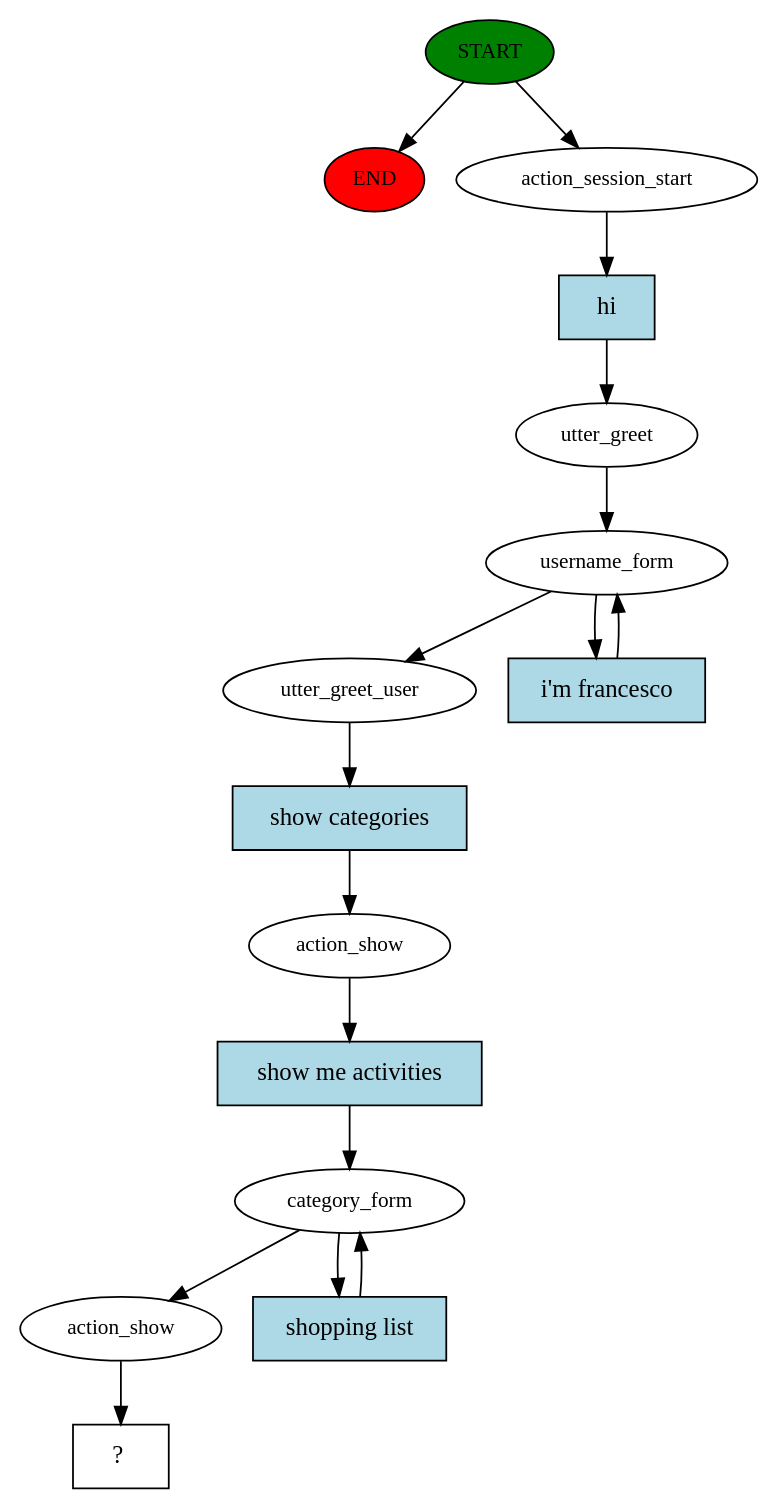
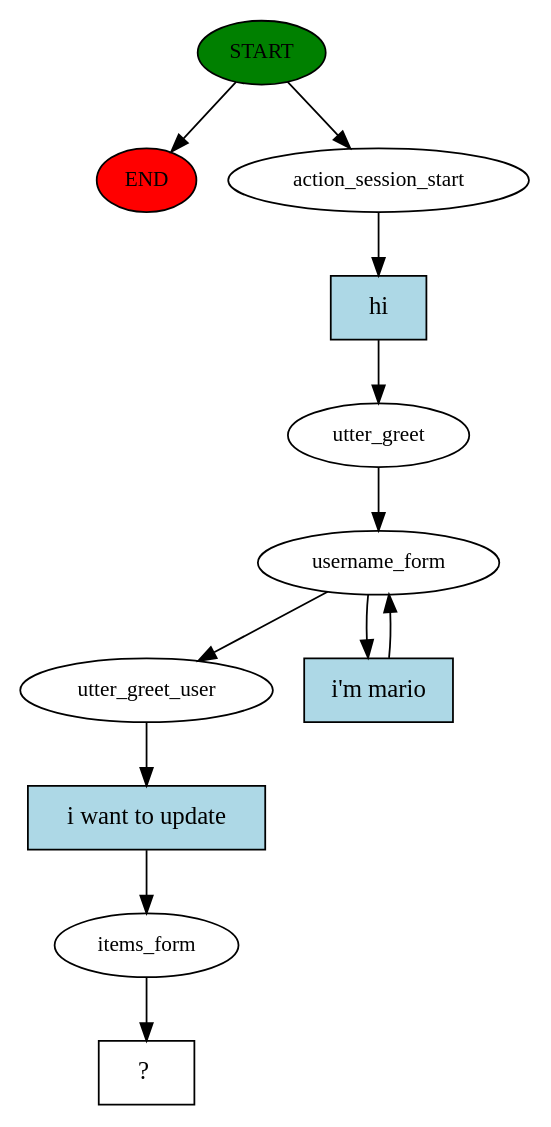
One commit to S0nFra/cogrob-todolist changed the diagram in src/rasa_ros/chatbot/story_graph.dot. Above: the diagram before and after it, drawn with Graphviz. The commit also changed 8 other files, not shown here.

```diff
--- a/src/rasa_ros/chatbot/story_graph.dot
+++ b/src/rasa_ros/chatbot/story_graph.dot
@@ -1,33 +1,24 @@
 digraph  {
 0 [class="start active", fillcolor=green, fontsize=12, label=START, style=filled];
 "-1" [class=end, fillcolor=red, fontsize=12, label=END, style=filled];
 1 [class=active, fontsize=12, label=action_session_start];
 2 [class=active, fontsize=12, label=utter_greet];
 3 [class=active, fontsize=12, label=username_form];
 5 [class=active, fontsize=12, label=utter_greet_user];
-6 [class=active, fontsize=12, label=action_show];
-7 [class=active, fontsize=12, label=category_form];
-9 [class=active, fontsize=12, label=action_show];
-10 [class="intent dashed active", label="  ?  ", shape=rect];
-11 [class="intent active", fillcolor=lightblue, label=hi, shape=rect, style=filled];
-12 [class="intent active", fillcolor=lightblue, label="i'm francesco", shape=rect, style=filled];
-13 [class="intent active", fillcolor=lightblue, label="show categories", shape=rect, style=filled];
-14 [class="intent active", fillcolor=lightblue, label="show me activities", shape=rect, style=filled];
-15 [class="intent active", fillcolor=lightblue, label="shopping list", shape=rect, style=filled];
+6 [class=active, fontsize=12, label=items_form];
+7 [class="intent dashed active", label="  ?  ", shape=rect];
+8 [class="intent active", fillcolor=lightblue, label=hi, shape=rect, style=filled];
+9 [class="intent active", fillcolor=lightblue, label="i'm mario", shape=rect, style=filled];
+10 [class="intent active", fillcolor=lightblue, label="i want to update", shape=rect, style=filled];
 0 -> "-1"  [class="", key=NONE, label=""];
 0 -> 1  [class=active, key=NONE, label=""];
-1 -> 11  [class=active, key=0];
+1 -> 8  [class=active, key=0];
 2 -> 3  [class=active, key=NONE, label=""];
 3 -> 5  [class=active, key=NONE, label=""];
-3 -> 12  [class=active, key=0];
-5 -> 13  [class=active, key=0];
-6 -> 14  [class=active, key=0];
-7 -> 9  [class=active, key=NONE, label=""];
-7 -> 15  [class=active, key=0];
-9 -> 10  [class=active, key=NONE, label=""];
-11 -> 2  [class=active, key=0];
-12 -> 3  [class=active, key=0];
-13 -> 6  [class=active, key=0];
-14 -> 7  [class=active, key=0];
-15 -> 7  [class=active, key=0];
+3 -> 9  [class=active, key=0];
+5 -> 10  [class=active, key=0];
+6 -> 7  [class=active, key=NONE, label=""];
+8 -> 2  [class=active, key=0];
+9 -> 3  [class=active, key=0];
+10 -> 6  [class=active, key=0];
 }
```
